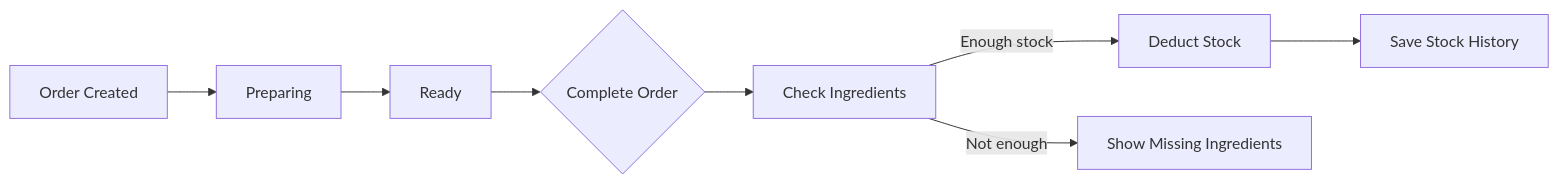
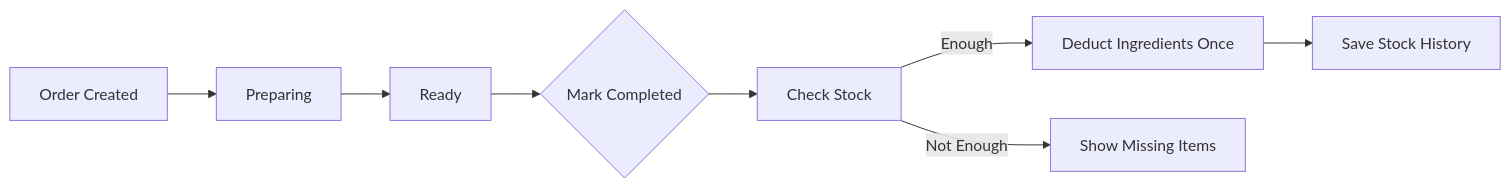
The fifth of 10 diagrams in docs/RESTAURANT_OWNER_GUIDE.md (mohanmaali-dev/Hotel-Anmol-ONE-Frontent), drawn with Mermaid before and after one commit. The commit also changed other lines of this file and 27 other files, not shown here.

````diff
--- a/docs/RESTAURANT_OWNER_GUIDE.md
+++ b/docs/RESTAURANT_OWNER_GUIDE.md
@@ -167,10 +221,10 @@
 ```mermaid
 flowchart LR
     A[Order Created] --> B[Preparing]
     B --> C[Ready]
-    C --> D{Complete Order}
-    D --> E[Check Ingredients]
-    E -->|Enough stock| F[Deduct Stock]
+    C --> D{Mark Completed}
+    D --> E[Check Stock]
+    E -->|Enough| F[Deduct Ingredients Once]
     F --> G[Save Stock History]
-    E -->|Not enough| H[Show Missing Ingredients]
+    E -->|Not Enough| H[Show Missing Items]
 ```
````
